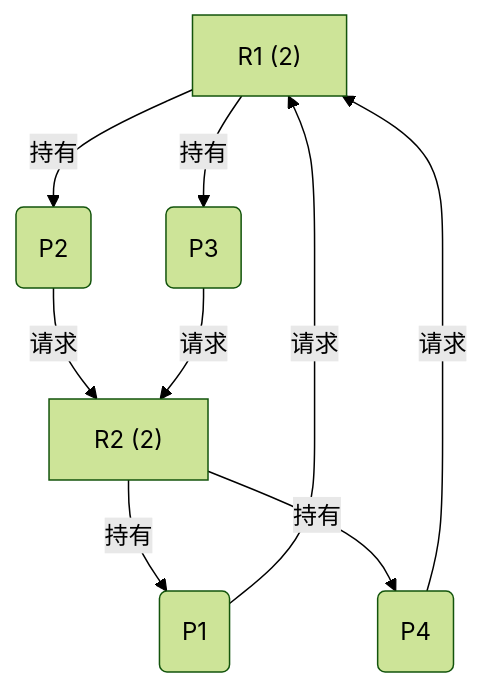
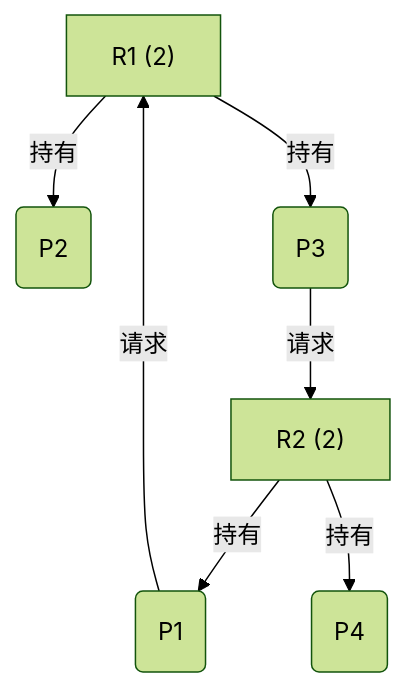
The second of 16 diagrams in src/content/post/operating_systems_note_11-zh.mdx (EmptyBlueBox/Blog), drawn with Mermaid (forest theme) before and after one commit. The commit also changed other lines of this file and 2 other files, not shown here.

````diff
--- a/src/content/post/operating_systems_note_11-zh.mdx
+++ b/src/content/post/operating_systems_note_11-zh.mdx
@@ -156,19 +156,17 @@
 ```mermaid
 graph TD
     R1["R1 (2)"]
     R2["R2 (2)"]
     P1(P1)
     P2(P2)
     P3(P3)
     P4(P4)
 
     R2 --"持有"--> P1
     R1 --"持有"--> P2
     R1 --"持有"--> P3
     R2 --"持有"--> P4
 
     P1 --"请求"--> R1
-    P2 --"请求"--> R2
     P3 --"请求"--> R2
-    P4 --"请求"--> R1
 ```
````
